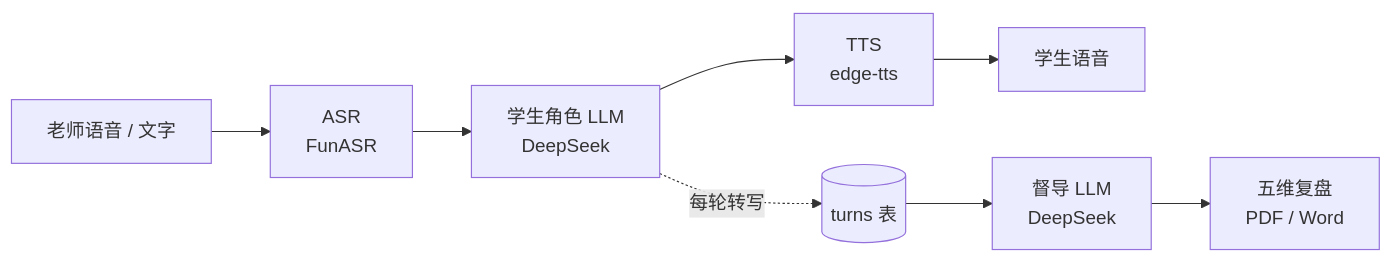
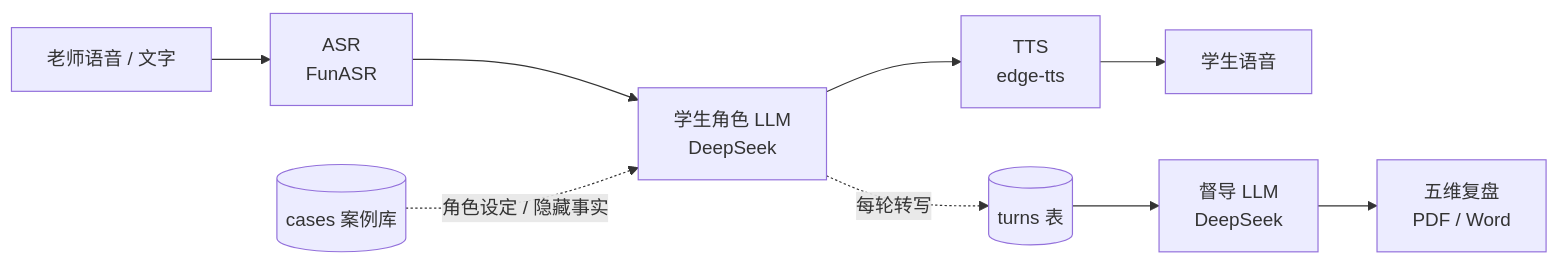
The diagram in README.md (joystudying/TanXinXiaoFu), drawn with Mermaid before and after one commit. The commit also changed other lines of this file and 20 other files, not shown here.

````diff
--- a/README.md
+++ b/README.md
@@ -17,10 +17,11 @@
 ```mermaid
 flowchart LR
     A[老师语音 / 文字] --> B[ASR<br/>FunASR]
     B --> C[学生角色 LLM<br/>DeepSeek]
+    DB[(cases 案例库)] -. 角色设定 / 隐藏事实 .-> C
     C --> D[TTS<br/>edge-tts]
     D --> E[学生语音]
     C -. 每轮转写 .-> F[(turns 表)]
     F --> G[督导 LLM<br/>DeepSeek]
     G --> H[五维复盘<br/>PDF / Word]
 ```
````
